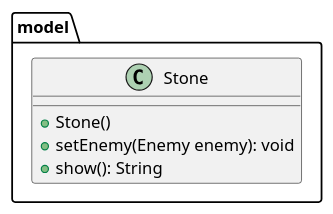
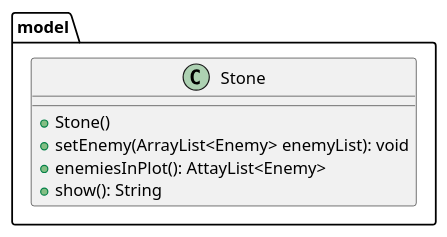
The diagram in diagrams/classes/algoDefense/model/gameboard/Stone.puml (alejandrodelcs/algo3_tp2), drawn with PlantUML before and after one commit. The commit also changed 25 other files, not shown here.

First line of the commit message:
UML: finished all diagrams

```diff
--- a/diagrams/classes/algoDefense/model/gameboard/Stone.puml
+++ b/diagrams/classes/algoDefense/model/gameboard/Stone.puml
@@ -1,12 +1,13 @@
 @startuml
 'https://plantuml.com/class-diagram
 
 package model {
     class Stone {
         + Stone()
-        + setEnemy(Enemy enemy): void
+        + setEnemy(ArrayList<Enemy> enemyList): void
+        + enemiesInPlot(): AttayList<Enemy>
         + show(): String
     }
 }
 
 @enduml
```
